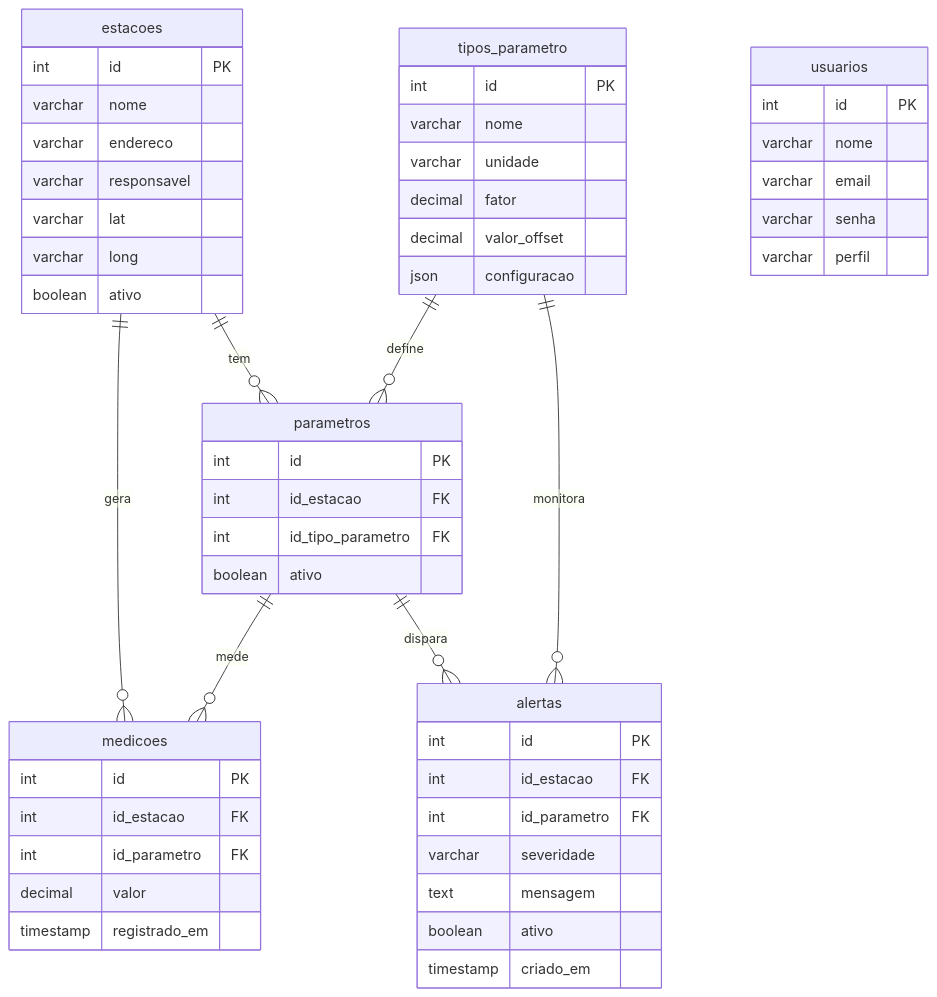
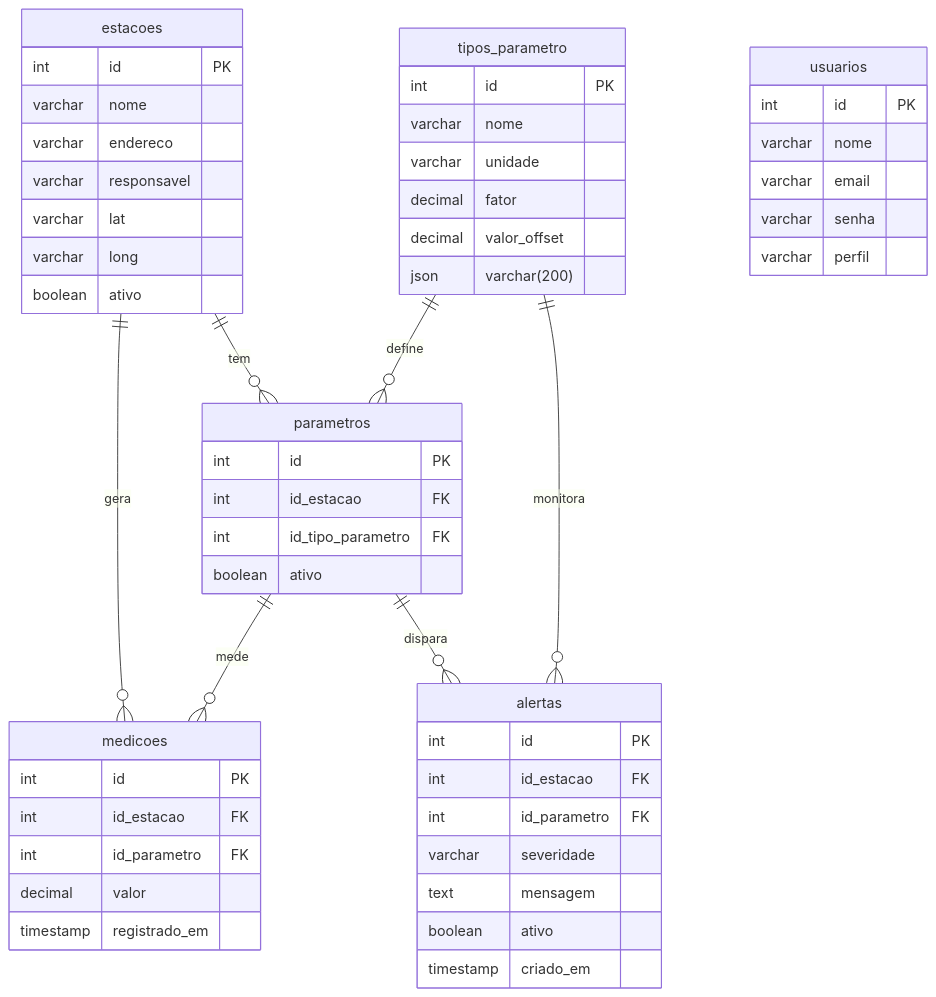
The diagram in README.md (carlosintrieri/tentativa-api), drawn with Mermaid before and after one commit.

Commit message:
refactor: atualizando README.md

````diff
--- a/README.md
+++ b/README.md
@@ -62,61 +62,61 @@
 ```mermaid
 erDiagram
     estacoes {
         int id PK
         varchar nome
         varchar endereco
         varchar responsavel
         varchar lat
         varchar long
         boolean ativo
     }
 
     tipos_parametro {
         int id PK
         varchar nome
         varchar unidade
         decimal fator
         decimal valor_offset
-        json configuracao
+        json varchar(200)
     }
 
     usuarios {
         int id PK
         varchar nome
         varchar email
         varchar senha
         varchar perfil
     }
 
     parametros {
         int id PK
         int id_estacao FK
         int id_tipo_parametro FK
         boolean ativo
     }
 
     medicoes {
         int id PK
         int id_estacao FK
         int id_parametro FK
         decimal valor
         timestamp registrado_em
     }
 
     alertas {
         int id PK
         int id_estacao FK
         int id_parametro FK
         varchar severidade
         text mensagem
         boolean ativo
         timestamp criado_em
     }
 
     estacoes ||--o{ parametros : "tem"
     tipos_parametro ||--o{ parametros : "define"
     estacoes ||--o{ medicoes : "gera"
     parametros ||--o{ medicoes : "mede"
     parametros ||--o{ alertas : "dispara"
     tipos_parametro ||--o{ alertas : "monitora"
 ```
````
